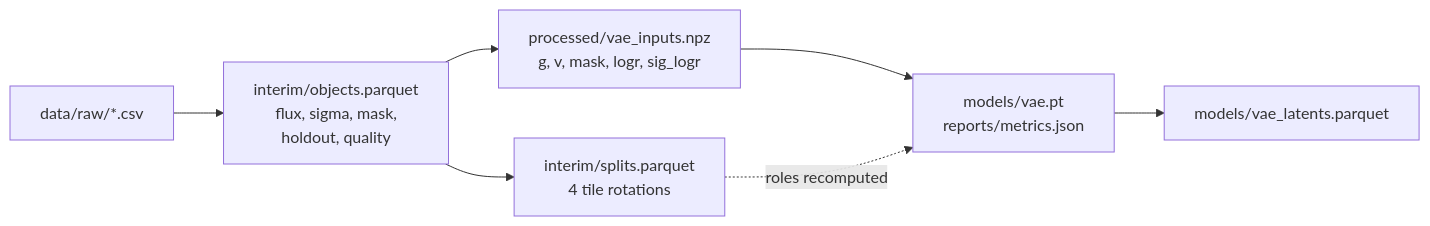
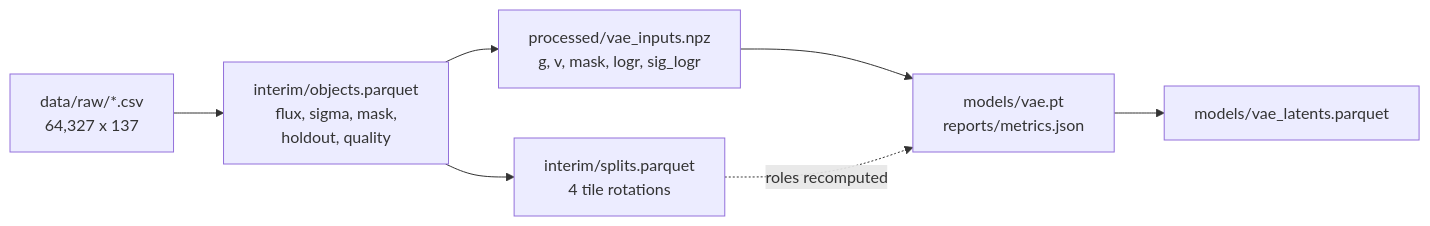
The diagram in README.md (Johanmkr/jPas-data-analysis), drawn with Mermaid before and after one commit. The commit also changed other lines of this file and 7 other files, not shown here.

````diff
--- a/README.md
+++ b/README.md
@@ -70,9 +48,9 @@
 ```mermaid
 flowchart LR
-    raw["data/raw/*.csv"] --> interim["interim/objects.parquet<br/>flux, sigma, mask,<br/>holdout, quality"]
+    raw["data/raw/*.csv<br/>64,327 x 137"] --> interim["interim/objects.parquet<br/>flux, sigma, mask,<br/>holdout, quality"]
     interim --> splits["interim/splits.parquet<br/>4 tile rotations"]
     interim --> arrays["processed/vae_inputs.npz<br/>g, v, mask, logr, sig_logr"]
     arrays --> train["models/vae.pt<br/>reports/metrics.json"]
     splits -.roles recomputed.-> train
     train --> latents["models/vae_latents.parquet"]
 ```
````
